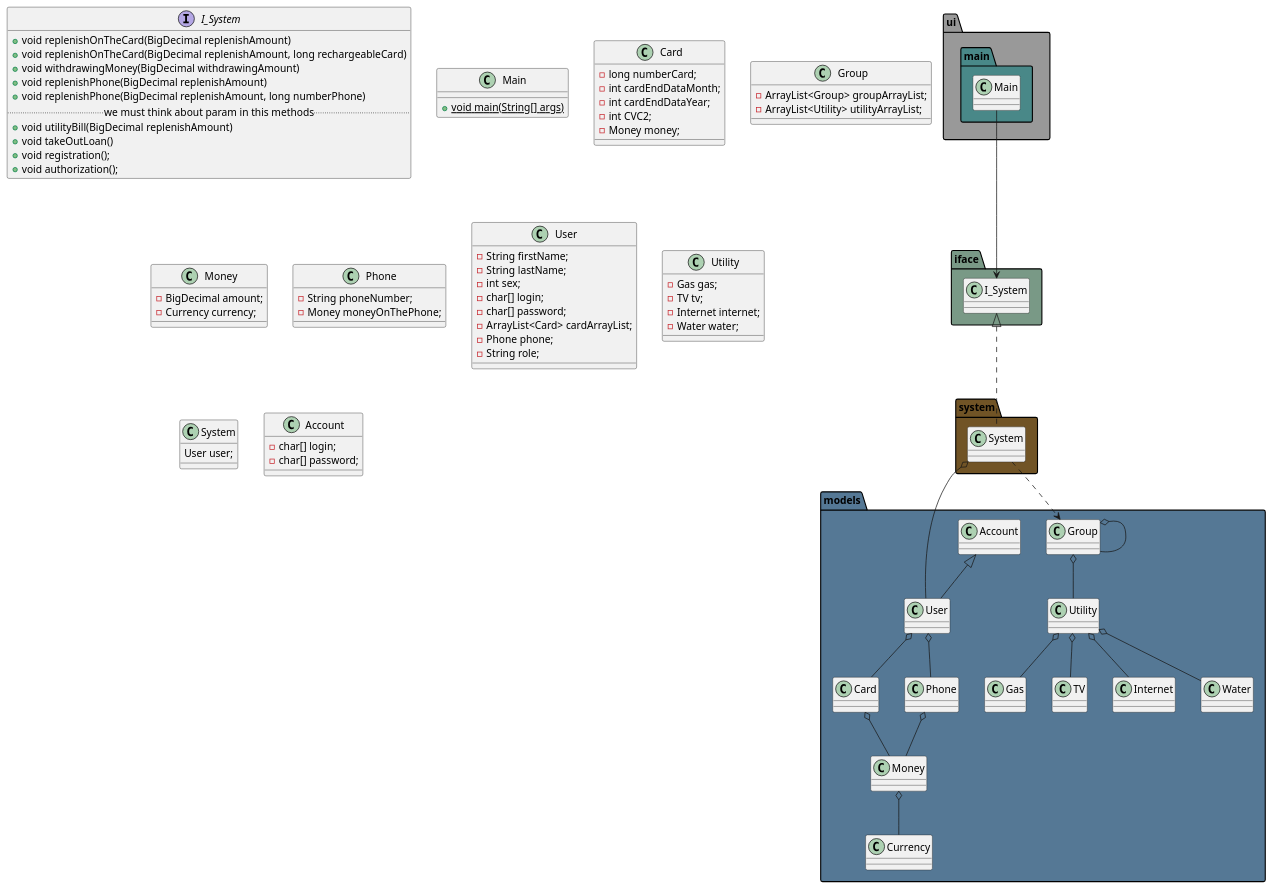
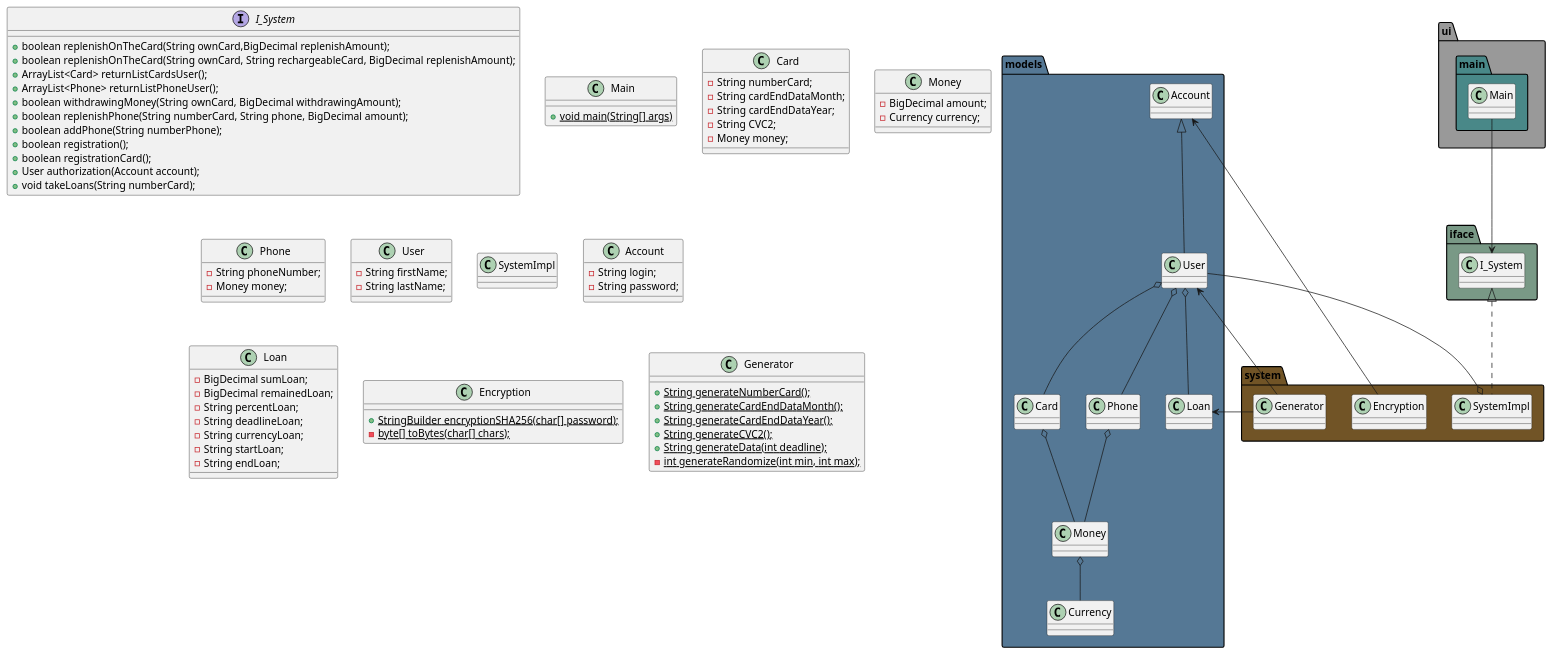
The diagram in src/main/resources/diagram/Domain.puml (dima666Sik/banking-system), drawn with PlantUML before and after one commit. The commit also changed 21 other files, not shown here.

```diff
--- a/src/main/resources/diagram/Domain.puml
+++ b/src/main/resources/diagram/Domain.puml
@@ -1,98 +1,105 @@
 @startuml
 
 package "models" #557895 {
   User o-- Card
   User o-- Phone
   Card o-- Money
   Money o-- Currency
   Phone o-- Money
-  Group o-- Group
-  Group o-- Utility
-  Utility o-- Gas
-  Utility o-- TV
-  Utility o-- Internet
-  Utility o-- Water
   Account <|-- User
+  User o-- Loan
 }
 
 package "system" #715426 {
-      System ..> Group
-      System o-- User
+      SystemImpl o-- User
+      Account <-- Encryption
+      User <-- Generator
+      Loan <-- Generator
 }
 
 package "iface" #799986 {
-    I_System <|.. System
+    I_System <|.. SystemImpl
 }
 
 package "ui" #999999{
 
     package "main" #498888{
           Main --> I_System
     }
 }
 
 interface I_System {
-    +void replenishOnTheCard(BigDecimal replenishAmount)
-    +void replenishOnTheCard(BigDecimal replenishAmount, long rechargeableCard)
-    +void withdrawingMoney(BigDecimal withdrawingAmount)
-    +void replenishPhone(BigDecimal replenishAmount)
-    +void replenishPhone(BigDecimal replenishAmount, long numberPhone)
-    .. we must think about param in this methods..
-    +void utilityBill(BigDecimal replenishAmount)
-    +void takeOutLoan()
-    +void registration();
-    +void authorization();
+    +boolean replenishOnTheCard(String ownCard,BigDecimal replenishAmount);
+    +boolean replenishOnTheCard(String ownCard, String rechargeableCard, BigDecimal replenishAmount);
+    +ArrayList<Card> returnListCardsUser();
+    +ArrayList<Phone> returnListPhoneUser();
+    +boolean withdrawingMoney(String ownCard, BigDecimal withdrawingAmount);
+    +boolean replenishPhone(String numberCard, String phone, BigDecimal amount);
+    +boolean addPhone(String numberPhone);
+    +boolean registration();
+    +boolean registrationCard();
+    +User authorization(Account account);
+    +void takeLoans(String numberCard);
 }
+
 class Main {
     + {static} void main(String[] args)
 }
+
 class Card {
-    - long numberCard;
-    - int cardEndDataMonth;
-    - int cardEndDataYear;
-    - int CVC2;
-    - Money money;
-}
-
-class Group {
-    - ArrayList<Group> groupArrayList;
-    - ArrayList<Utility> utilityArrayList;
+    -String numberCard;
+    -String cardEndDataMonth;
+    -String cardEndDataYear;
+    -String CVC2;
+    -Money money;
 }
 
 class Money {
     - BigDecimal amount;
     - Currency currency;
 }
 
 class Phone {
     - String phoneNumber;
-    - Money moneyOnThePhone;
+    - Money money;
 }
 
 class User {
     - String firstName;
     - String lastName;
-    - int sex;
-    - char[] login;
-    - char[] password;
-    - ArrayList<Card> cardArrayList;
-    - Phone phone;
-    - String role;
 }
 
-class Utility {
-     - Gas gas;
-     - TV tv;
-     - Internet internet;
-     - Water water;
-}
 
-class System{
-    User user;
+class SystemImpl{
+
 }
 
 class Account {
-    - char[] login;
-    - char[] password;
+    - String login;
+    - String password;
+}
+
+class Loan {
+    - BigDecimal sumLoan;
+    - BigDecimal remainedLoan;
+    - String percentLoan;
+    - String deadlineLoan;
+    - String currencyLoan;
+    - String startLoan;
+    - String endLoan;
+}
+
+class Encryption{
++ {static} StringBuilder encryptionSHA256(char[] password);
+- {static} byte[] toBytes(char[] chars);
+}
+
+class Generator{
+    + {static} String generateNumberCard();
+    + {static} String generateCardEndDataMonth();
+    + {static} String generateCardEndDataYear();
+    + {static} String generateCVC2();
+    + {static} String generateData(int deadline);
+    - {static} int generateRandomize(int min, int max);
 }
 @enduml
```
